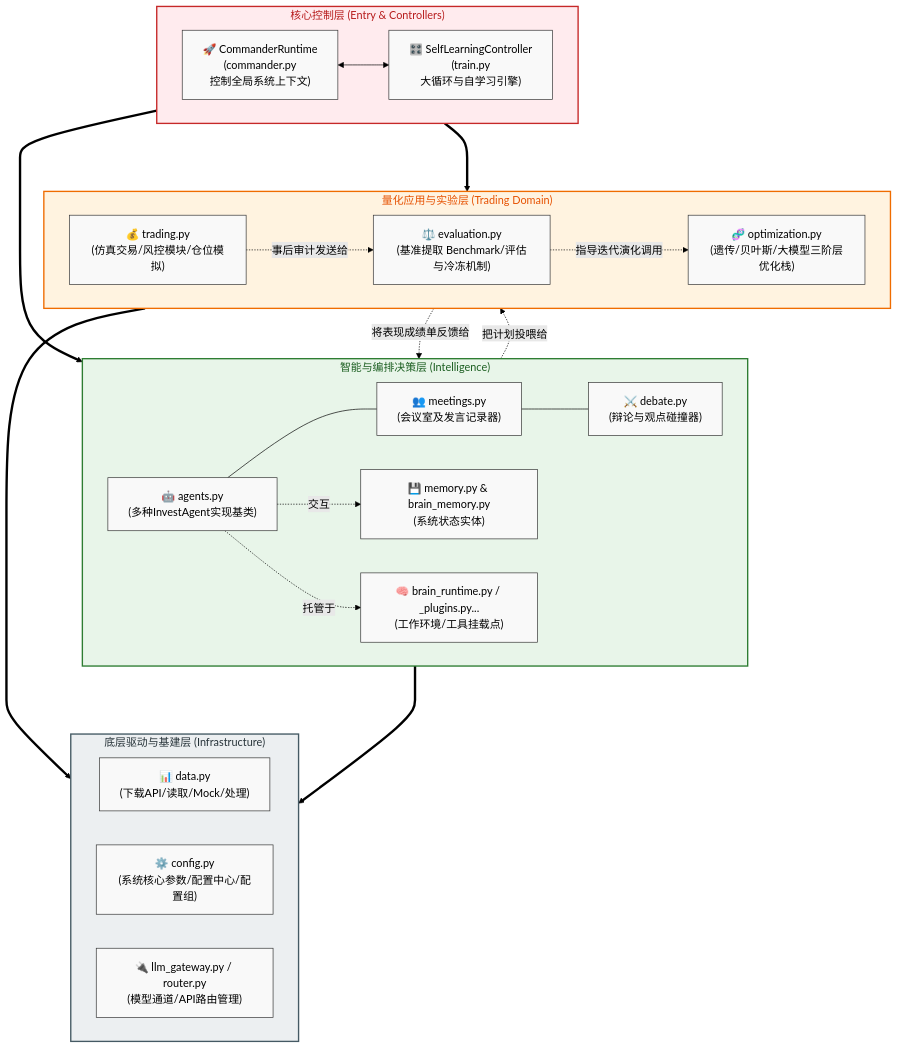
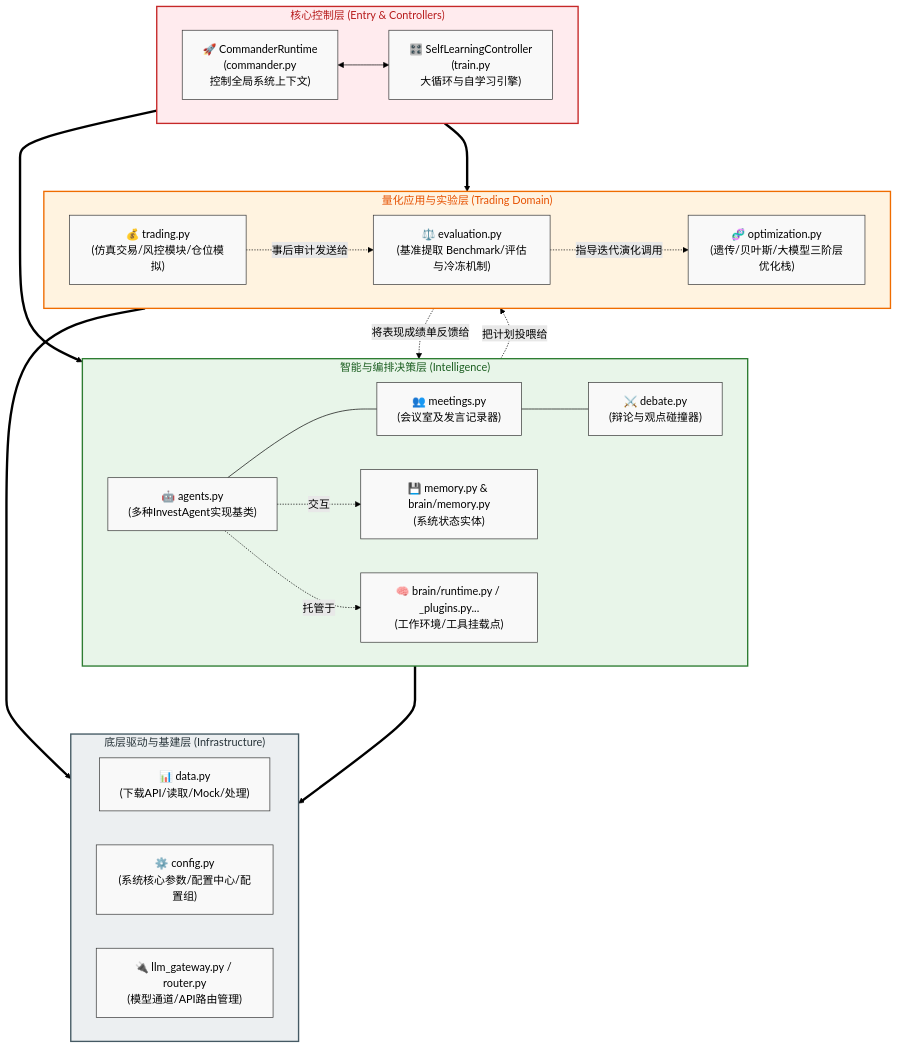
Before and after one commit to stephenxie990-blip/invest-evolution: the third of 3 diagrams in 项目架构方案.md, drawn with Mermaid (forest theme). The commit also changed 28 other files, not shown here.

````diff
--- a/项目架构方案.md
+++ b/项目架构方案.md
@@ -142,57 +142,57 @@
 ```mermaid
 flowchart TB
     subgraph CoreEngine ["核心控制层 (Entry & Controllers)"]
         direction LR
         CMD_R["🚀 CommanderRuntime<br/>(commander.py<br/>控制全局系统上下文)"]
         TRAIN_C["🎛️ SelfLearningController<br/>(train.py<br/>大循环与自学习引擎)"]
         CMD_R <--> TRAIN_C
     end
 
     subgraph IntelLayer ["智能与编排决策层 (Intelligence)"]
         AGEN["🤖 agents.py<br/>(多种InvestAgent实现基类)"]
         MEET["👥 meetings.py<br/>(会议室及发言记录器)"]
         DEBA["⚔️ debate.py<br/>(辩论与观点碰撞器)"]
-        MEM["💾 memory.py & brain_memory.py<br/>(系统状态实体)"]
-        BRN["🧠 brain_runtime.py / _plugins.py...<br/>(工作环境/工具挂载点)"]
+        MEM["💾 memory.py & brain/memory.py<br/>(系统状态实体)"]
+        BRN["🧠 brain/runtime.py / _plugins.py...<br/>(工作环境/工具挂载点)"]
         
         AGEN --- MEET
         MEET --- DEBA
         AGEN -.交互.-> MEM
         AGEN -.托管于.-> BRN
     end
 
     subgraph TradeLayer ["量化应用与实验层 (Trading Domain)"]
         TRD["💰 trading.py<br/>(仿真交易/风控模块/仓位模拟)"]
         OPT["🧬 optimization.py<br/>(遗传/贝叶斯/大模型三阶层优化栈)"]
         EVA["⚖️ evaluation.py<br/>(基准提取 Benchmark/评估与冷冻机制)"]
         
         TRD -.事后审计发送给.-> EVA
         EVA -.指导迭代演化调用.-> OPT
     end
 
     subgraph DataLayer ["底层驱动与基建层 (Infrastructure)"]
         DAT["📊 data.py<br/>(下载API/读取/Mock/处理)"]
         CFG["⚙️ config.py<br/>(系统核心参数/配置中心/配置组)"]
         GW["🔌 llm_gateway.py / router.py<br/>(模型通道/API路由管理)"]
     end
 
     %% 层级间依赖关系
     CoreEngine ===> IntelLayer
     CoreEngine ===> TradeLayer
     TradeLayer ===> DataLayer
     IntelLayer ===> DataLayer
     
     %% 特定的具体依赖
     IntelLayer -.把计划投喂给.-> TradeLayer
     TradeLayer -.将表现成绩单反馈给.-> IntelLayer
     
     classDef default fill:#f9f9f9,stroke:#333,stroke-width:1px;
     classDef l1 fill:#ffebee,stroke:#c62828,stroke-width:2px,color:#b71c1c;
     classDef l2 fill:#e8f5e9,stroke:#2e7d32,stroke-width:2px,color:#1b5e20;
     classDef l3 fill:#fff3e0,stroke:#ef6c00,stroke-width:2px,color:#e65100;
     classDef l4 fill:#eceff1,stroke:#455a64,stroke-width:2px,color:#263238;
     class CoreEngine l1;
     class IntelLayer l2;
     class TradeLayer l3;
     class DataLayer l4;
 ```
````
